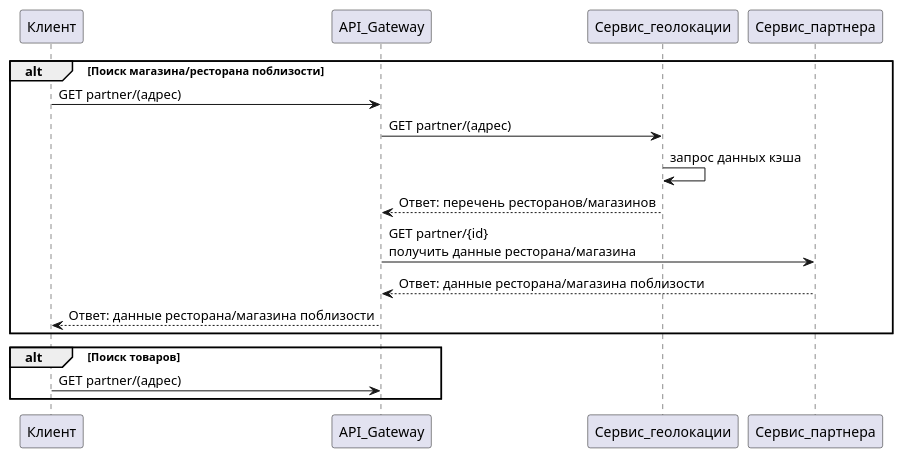
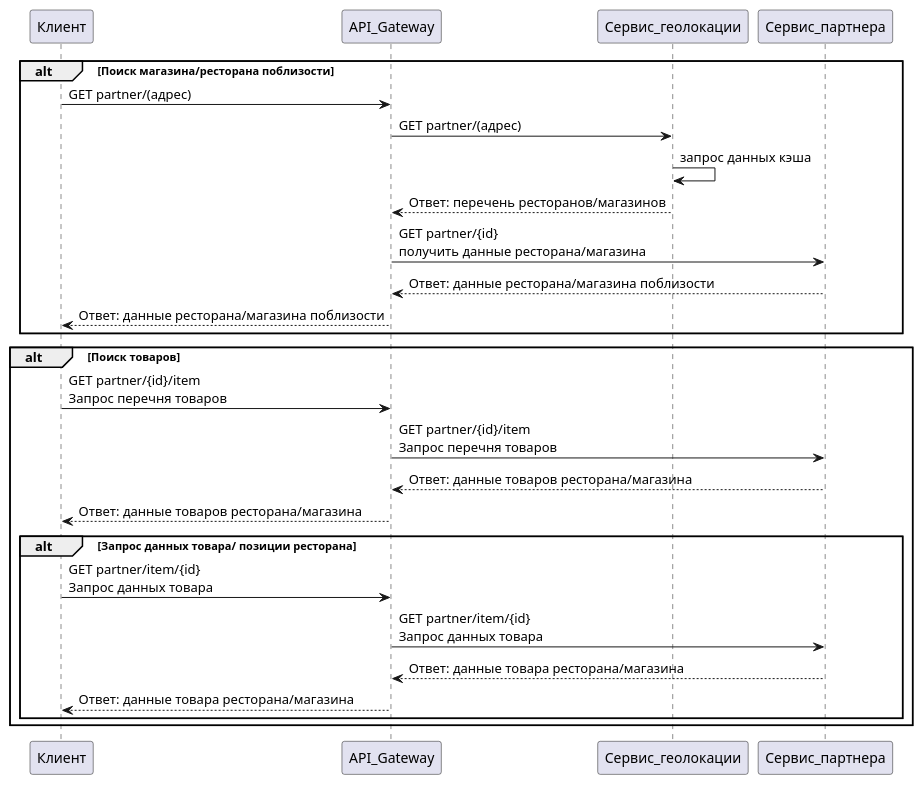
The first of 2 diagrams in hw_02/solution/README.md (mostanina95-commits/localStudyOtusSD), drawn with PlantUML before and after one commit. The commit also changed other lines of this file, not shown here.

```diff
--- a/hw_02/solution/README.md
+++ b/hw_02/solution/README.md
@@ -160,21 +197,40 @@
 @startuml
 alt Поиск магазина/ресторана поблизости
 Клиент -> API_Gateway: GET partner/(адрес)
 
 API_Gateway -> Сервис_геолокации: GET partner/(адрес)
+
 Сервис_геолокации -> Сервис_геолокации: запрос данных кэша
+
 Сервис_геолокации --> API_Gateway: Ответ: перечень ресторанов/магазинов
 
 API_Gateway -> Сервис_партнера: GET partner/{id} \nполучить данные ресторана/магазина
+
 Сервис_партнера --> API_Gateway: Ответ: данные ресторана/магазина поблизости
 
 API_Gateway --> Клиент: Ответ: данные ресторана/магазина поблизости
 end
 
+
 alt Поиск товаров
-Клиент -> API_Gateway: GET partner/(адрес)
+Клиент -> API_Gateway: GET partner/{id}/item \nЗапрос перечня товаров
 
+API_Gateway -> Сервис_партнера: GET partner/{id}/item \nЗапрос перечня товаров
+
+Сервис_партнера --> API_Gateway: Ответ: данные товаров ресторана/магазина
+
+API_Gateway --> Клиент: Ответ: данные товаров ресторана/магазина
+
+alt Запрос данных товара/ позиции ресторана
+Клиент -> API_Gateway: GET partner/item/{id} \nЗапрос данных товара
+
+API_Gateway -> Сервис_партнера: GET partner/item/{id} \nЗапрос данных товара
+
+Сервис_партнера --> API_Gateway: Ответ: данные товара ресторана/магазина
+
+API_Gateway --> Клиент: Ответ: данные товара ресторана/магазина
+end
 
 end
 
 @enduml
```
